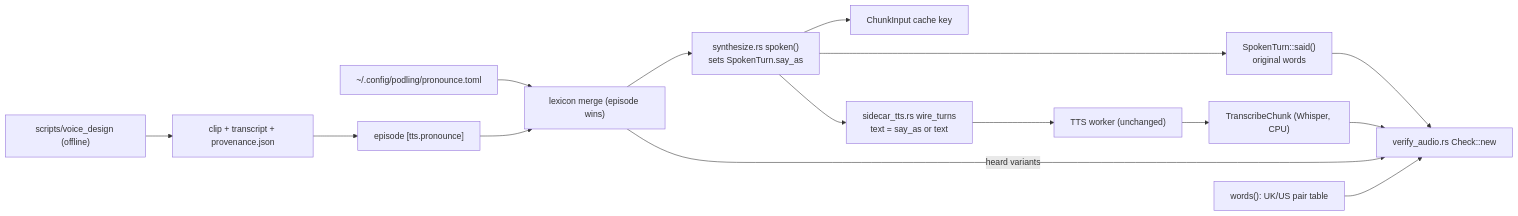
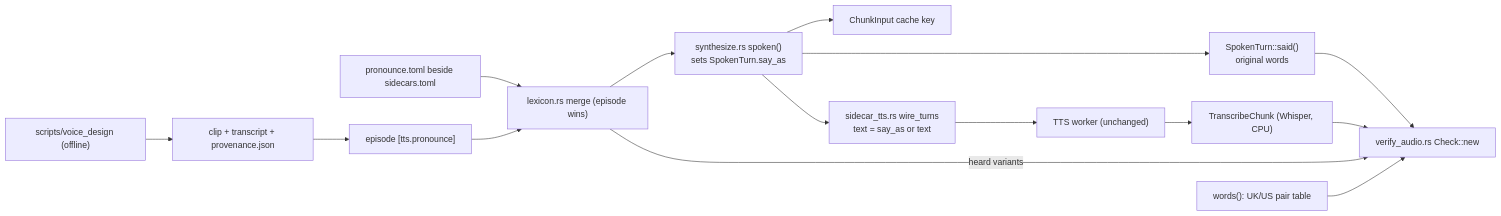
The diagram in docs/architecture/speech.md (plantgreytrees/Podling), drawn with Mermaid before and after one commit. The commit also changed other lines of this file and 1 other file, not shown here.

First line of the commit message:
docs(architecture): speech rules re-verified at 2d21606, all 17 HOLD

````diff
--- a/docs/architecture/speech.md
+++ b/docs/architecture/speech.md
@@ -19,17 +19,17 @@
 ```mermaid
 flowchart LR
-  user["~/.config/podling/pronounce.toml"] --> merge
-  ep["episode [tts.pronounce]"] --> merge["lexicon merge (episode wins)"]
+  user["pronounce.toml beside sidecars.toml"] --> merge
+  ep["episode [tts.pronounce]"] --> merge["lexicon.rs merge (episode wins)"]
   merge --> spoken["synthesize.rs spoken()<br/>sets SpokenTurn.say_as"]
   spoken --> key["ChunkInput cache key"]
   spoken --> wire["sidecar_tts.rs wire_turns<br/>text = say_as or text"]
   wire --> worker["TTS worker (unchanged)"]
   worker --> whisper["TranscribeChunk (Whisper, CPU)"]
   spoken --> said["SpokenTurn::said()<br/>original words"]
   said --> check["verify_audio.rs Check::new"]
   whisper --> check
   merge -- heard variants --> check
   fold["words(): UK/US pair table"] --> check
   design["scripts/voice_design (offline)"] --> clip["clip + transcript + provenance.json"]
   clip --> ep
 ```
````
